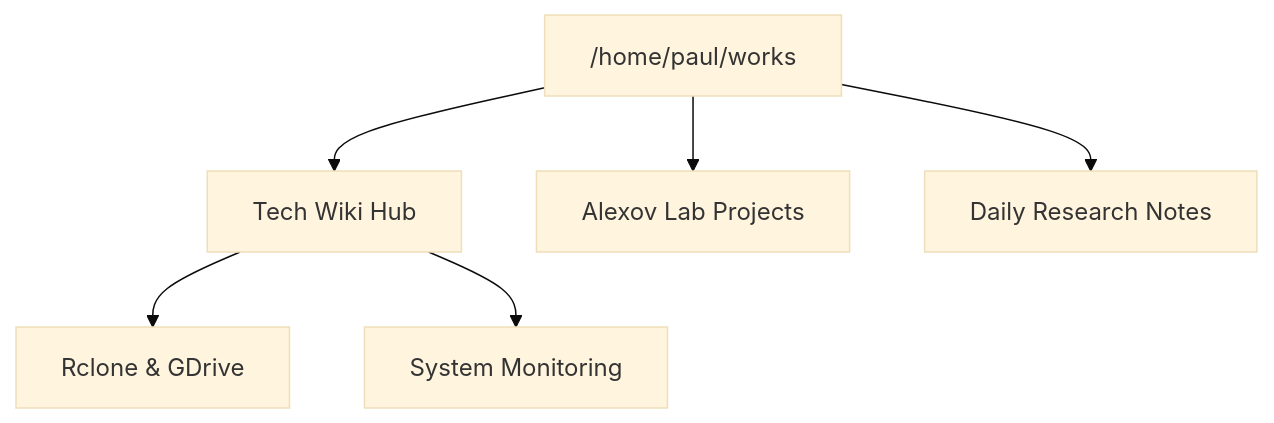
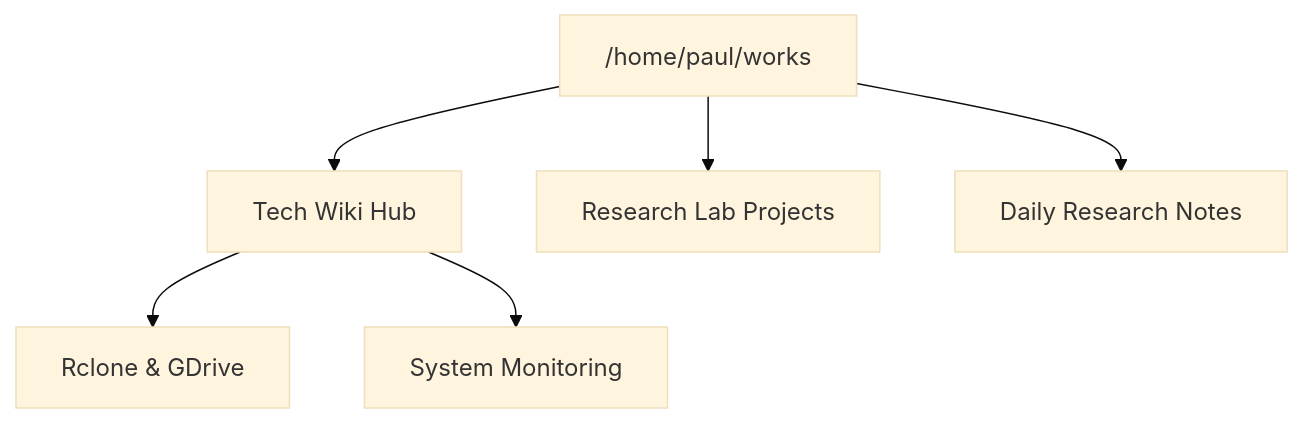
The diagram in docs/index.md (paulshamrat/aletheia), drawn with Mermaid (base theme) before and after one commit. The commit also changed other lines of this file and 1 other file, not shown here.

Commit message:
Generalize lab references for privacy

````diff
--- a/docs/index.md
+++ b/docs/index.md
@@ -22,15 +22,15 @@
 ```mermaid
 graph TD
     Works["/home/paul/works"]
     Wiki["Tech Wiki Hub"]
     Sync["Rclone & GDrive"]
     Mon["System Monitoring"]
-    Lab["Alexov Lab Projects"]
+    Lab["Research Lab Projects"]
     Notes["Daily Research Notes"]
 
     Works --> Wiki
     Works --> Lab
     Works --> Notes
     Wiki --> Sync
     Wiki --> Mon
 ```
````
